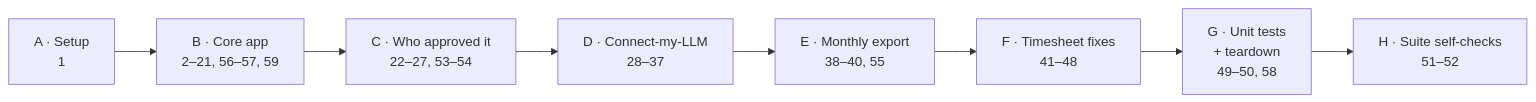
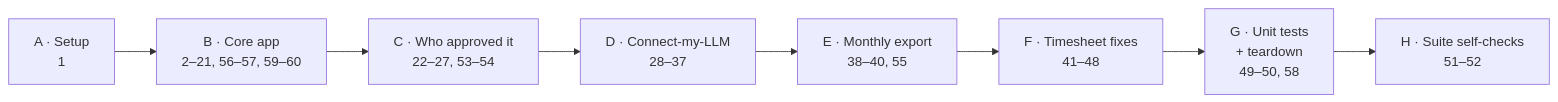
Before and after one commit to JoshNorris-Titan/titan-time-e2e: the third of 3 diagrams in README.md, drawn with Mermaid. The commit also changed other lines of this file and 1 other file, not shown here.

````diff
--- a/README.md
+++ b/README.md
@@ -128,6 +128,6 @@
 ```mermaid
 flowchart LR
-  A["A · Setup<br/>1"] --> B["B · Core app<br/>2–21, 56–57, 59"] --> C["C · Who approved it<br/>22–27, 53–54"] --> D["D · Connect-my-LLM<br/>28–37"]
+  A["A · Setup<br/>1"] --> B["B · Core app<br/>2–21, 56–57, 59–60"] --> C["C · Who approved it<br/>22–27, 53–54"] --> D["D · Connect-my-LLM<br/>28–37"]
   D --> E["E · Monthly export<br/>38–40, 55"] --> F["F · Timesheet fixes<br/>41–48"] --> G["G · Unit tests<br/>+ teardown<br/>49–50, 58"]
   G --> H["H · Suite self-checks<br/>51–52"]
 ```
````
